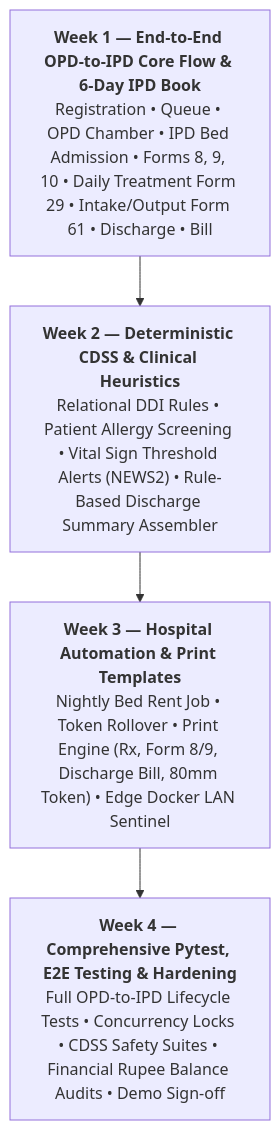
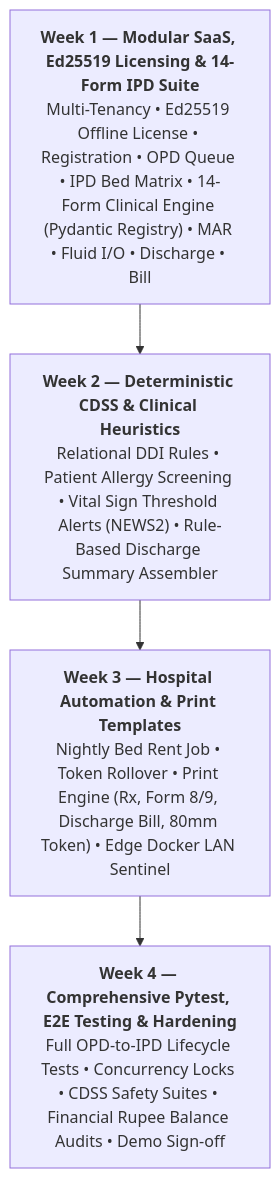
The diagram in docs/design/23_cycle_1_pitch.md (zoro1126/Bright-Solutions), drawn with Mermaid before and after one commit. The commit also changed other lines of this file and 10 other files, not shown here.

Commit message:
feat: add SaaS module entitlement engine and universal IPD clinical form registry to architecture specs

````diff
--- a/docs/design/23_cycle_1_pitch.md
+++ b/docs/design/23_cycle_1_pitch.md
@@ -50,7 +50,7 @@
 ```mermaid
 flowchart TD
-    W1["<b>Week 1 &mdash; End-to-End OPD-to-IPD Core Flow &amp; 6-Day IPD Book</b><br/>Registration &bull; Queue &bull; OPD Chamber &bull; IPD Bed Admission &bull; Forms 8, 9, 10 &bull; Daily Treatment Form 29 &bull; Intake/Output Form 61 &bull; Discharge &bull; Bill"]
+    W1["<b>Week 1 &mdash; Modular SaaS, Ed25519 Licensing &amp; 14-Form IPD Suite</b><br/>Multi-Tenancy &bull; Ed25519 Offline License &bull; Registration &bull; OPD Queue &bull; IPD Bed Matrix &bull; 14-Form Clinical Engine (Pydantic Registry) &bull; MAR &bull; Fluid I/O &bull; Discharge &bull; Bill"]
     --> W2["<b>Week 2 &mdash; Deterministic CDSS &amp; Clinical Heuristics</b><br/>Relational DDI Rules &bull; Patient Allergy Screening &bull; Vital Sign Threshold Alerts (NEWS2) &bull; Rule-Based Discharge Summary Assembler"]
     --> W3["<b>Week 3 &mdash; Hospital Automation &amp; Print Templates</b><br/>Nightly Bed Rent Job &bull; Token Rollover &bull; Print Engine (Rx, Form 8/9, Discharge Bill, 80mm Token) &bull; Edge Docker LAN Sentinel"]
     --> W4["<b>Week 4 &mdash; Comprehensive Pytest, E2E Testing &amp; Hardening</b><br/>Full OPD-to-IPD Lifecycle Tests &bull; Concurrency Locks &bull; CDSS Safety Suites &bull; Financial Rupee Balance Audits &bull; Demo Sign-off"]
 ```
````
